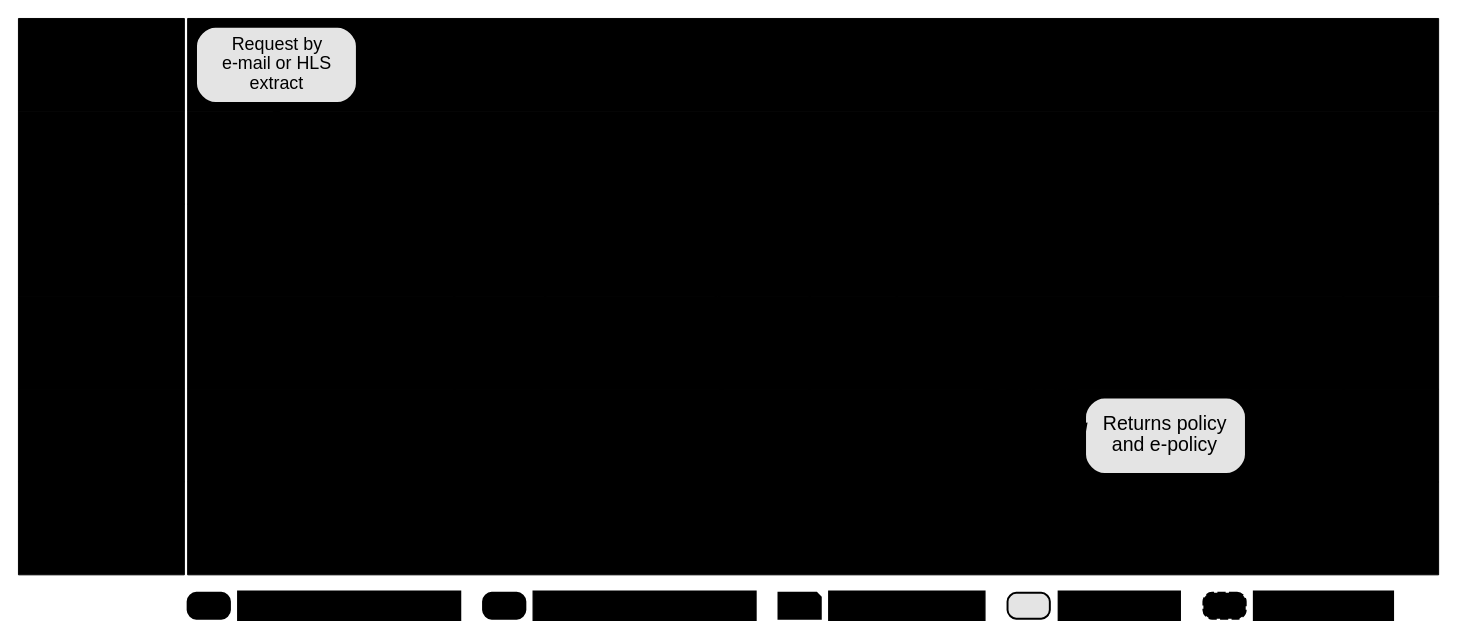
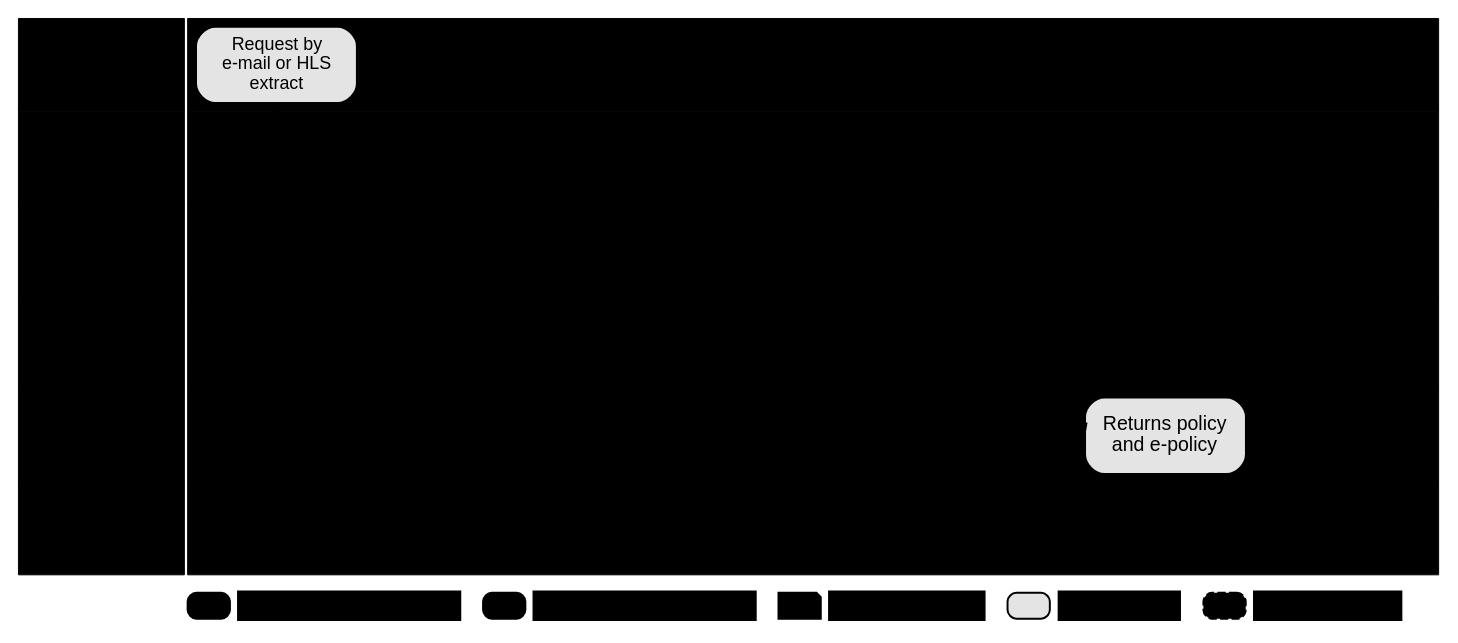
One commit to IortaTexhNXT-DEV/FinVerse changed the diagram in docs/deliverables/src/decks/figures/brd01_envisioned.dot. Above: the diagram before and after it, drawn with Graphviz. The commit also changed 43 other files, not shown here.

Commit message:
Business process deck: FRS status and sign-off roadmap instead of build status; rebuilt deck and figures

```diff
--- a/docs/deliverables/src/decks/figures/brd01_envisioned.dot
+++ b/docs/deliverables/src/decks/figures/brd01_envisioned.dot
@@ -1,60 +1,60 @@
 // BRD-1 New Business: envisioned swimlane in BIBS. Request to booking in BIBS: workflows NB_CLIENT, NB_QUOTATION, NB_PROPOSAL, NB_ACCOUNT (FRS BRD-1 section 5)
 // Generated by docs/deliverables/src/decks/build_process_deck.py from the YAML in
 // process_deck/; edit the YAML and rebuild. Colour tokens are replaced at render time.
 digraph brd01_envisioned {
   graph [layout=neato, inputscale=72, splines=line, overlap=true, outputorder=nodesfirst, bgcolor="white", pad=0.05, fontname="Arial"];
   node [fontname="Arial"];
   edge [fontname="Arial"];
   c0 [pos="0,0!", shape=point, width=0.01, style=invis];
   c1 [pos="873.0,372.0!", shape=point, width=0.01, style=invis];
   r1 [pos="488.5,343.5!", shape=box, style="filled", fillcolor="@DIRTY_WHITE", color="@BORDER", penwidth=0.6, width=10.681, height=0.792, fixedsize=true, margin="0.03,0.02", label=""];
   r2 [pos="51.0,343.5!", shape=box, style="filled", fillcolor="@MUTED", color="@WHITE", penwidth=0.6, width=1.417, height=0.792, fixedsize=true, margin="0.03,0.02", label=<<font point-size="11.5" color="@WHITE"><b>Client, bank<br/>units (HLS,<br/>CLPC)</b></font>>];
   r3 [pos="488.5,286.5!", shape=box, style="filled", fillcolor="@WHITE", color="@BORDER", penwidth=0.6, width=10.681, height=0.792, fixedsize=true, margin="0.03,0.02", label=""];
   r4 [pos="51.0,286.5!", shape=box, style="filled", fillcolor="@HEADER_BLUE", color="@WHITE", penwidth=0.6, width=1.417, height=0.792, fixedsize=true, margin="0.03,0.02", label=<<font point-size="11.5" color="@WHITE"><b>Marketing AO /<br/>TL</b></font>>];
   r5 [pos="488.5,229.5!", shape=box, style="filled", fillcolor="@WHITE", color="@BORDER", penwidth=0.6, width=10.681, height=0.792, fixedsize=true, margin="0.03,0.02", label=""];
   r6 [pos="51.0,229.5!", shape=box, style="filled", fillcolor="@HEADER_BLUE", color="@WHITE", penwidth=0.6, width=1.417, height=0.792, fixedsize=true, margin="0.03,0.02", label=<<font point-size="11.5" color="@WHITE"><b>TSU</b></font>>];
   r7 [pos="488.5,172.5!", shape=box, style="filled", fillcolor="@WHITE", color="@BORDER", penwidth=0.6, width=10.681, height=0.792, fixedsize=true, margin="0.03,0.02", label=""];
   r8 [pos="51.0,172.5!", shape=box, style="filled", fillcolor="@HEADER_BLUE", color="@WHITE", penwidth=0.6, width=1.417, height=0.792, fixedsize=true, margin="0.03,0.02", label=<<font point-size="11.5" color="@WHITE"><b>Processing</b></font>>];
   r9 [pos="488.5,115.5!", shape=box, style="filled", fillcolor="@DIRTY_WHITE", color="@BORDER", penwidth=0.6, width=10.681, height=0.792, fixedsize=true, margin="0.03,0.02", label=""];
   r10 [pos="51.0,115.5!", shape=box, style="filled", fillcolor="@MUTED", color="@WHITE", penwidth=0.6, width=1.417, height=0.792, fixedsize=true, margin="0.03,0.02", label=<<font point-size="11.5" color="@WHITE"><b>Insurers</b></font>>];
   r11 [pos="488.5,58.5!", shape=box, style="filled", fillcolor="@BG_BLUE", color="@BORDER", penwidth=0.6, width=10.681, height=0.792, fixedsize=true, margin="0.03,0.02", label=""];
   r12 [pos="51.0,58.5!", shape=box, style="filled", fillcolor="@CTA_BLUE", color="@WHITE", penwidth=0.6, width=1.417, height=0.792, fixedsize=true, margin="0.03,0.02", label=<<font point-size="11.5" color="@WHITE"><b>BIBS<br/>(automatic)</b></font>>];
   b1 [pos="158.6,343.5!", shape=box, style="rounded,filled", fillcolor="#E4E4E4", color="@MUTED", penwidth=1.3, width=1.379, height=0.653, fixedsize=true, margin="0.03,0.02", label=<<font point-size="11.0" color="@NEAR_BLACK">Request by<br/>e-mail or HLS<br/>extract</font>>];
   b2 [pos="158.6,286.5!", shape=box, style="rounded,filled", fillcolor="@BG_BLUE", color="@CTA_BLUE", penwidth=1.3, width=1.379, height=0.653, fixedsize=true, margin="0.03,0.02", label=<<font point-size="11.0" color="@NEAR_BLACK">Request inbox:<br/>capture or<br/>upload</font>>];
   b3 [pos="267.9,286.5!", shape=box, style="rounded,filled", fillcolor="@BG_BLUE", color="@CTA_BLUE", penwidth=1.3, width=1.379, height=0.653, fixedsize=true, margin="0.03,0.02", label=<<font point-size="11.0" color="@NEAR_BLACK">Prospect; KYC<br/>checked by 2nd<br/>user</font>>];
   b4 [pos="267.9,58.5!", shape=box, style="rounded,filled", fillcolor="@CTA_BLUE", color="@CTA_BLUE", penwidth=1.3, width=1.379, height=0.653, fixedsize=true, margin="0.03,0.02", label=<<font point-size="11.0" color="@WHITE"><b>Duplicate<br/>check and<br/>screening</b></font>>];
   b5 [pos="377.2,286.5!", shape=box, style="rounded,filled", fillcolor="@BG_BLUE", color="@CTA_BLUE", penwidth=1.3, width=1.379, height=0.653, fixedsize=true, margin="0.03,0.02", label=<<font point-size="12" color="@NEAR_BLACK">Quotation rated<br/>and approved</font>>];
-  b6 [pos="377.2,229.5!", shape=box, style="rounded,filled", fillcolor="@BG_BLUE", color="@CTA_BLUE", penwidth=1.3, width=1.379, height=0.653, fixedsize=true, margin="0.03,0.02", label=<<font point-size="11.0" color="@NEAR_BLACK">PRF: slips out,<br/>comparative<br/>built</font>>];
+  b6 [pos="377.2,229.5!", shape=box, style="rounded,filled", fillcolor="@BG_BLUE", color="@CTA_BLUE", penwidth=1.3, width=1.379, height=0.653, fixedsize=true, margin="0.03,0.02", label=<<font point-size="11.0" color="@NEAR_BLACK">PRF: slips out,<br/>comparative<br/>compiled</font>>];
   b7 [pos="486.5,58.5!", shape=note, style="filled", fillcolor="@WHITE", color="@CTA_BLUE", penwidth=1.3, width=1.379, height=0.653, fixedsize=true, margin="0.03,0.02", label=<<font point-size="11.0" color="@NEAR_BLACK">Quotation / slip<br/>sent protected</font>>];
   b8 [pos="486.5,286.5!", shape=box, style="rounded,filled", fillcolor="@BG_BLUE", color="@CTA_BLUE", penwidth=1.3, width=1.379, height=0.653, fixedsize=true, margin="0.03,0.02", label=<<font point-size="12" color="@NEAR_BLACK">Account with<br/>ARN submitted</font>>];
   b9 [pos="595.8,58.5!", shape=box, style="rounded,filled", fillcolor="@CTA_BLUE", color="@CTA_BLUE", penwidth=1.3, width=1.379, height=0.653, fixedsize=true, margin="0.03,0.02", label=<<font point-size="11.0" color="@WHITE"><b>CLPC billing<br/>file; payments<br/>matched</b></font>>];
   b10 [pos="595.8,172.5!", shape=box, style="rounded,filled", fillcolor="@BG_BLUE", color="@CTA_BLUE", penwidth=1.3, width=1.379, height=0.653, fixedsize=true, margin="0.03,0.02", label=<<font point-size="11.0" color="@NEAR_BLACK">Placement slip;<br/>hold cover<br/>request</font>>];
   b11 [pos="705.1,115.5!", shape=box, style="rounded,filled", fillcolor="#E4E4E4", color="@MUTED", penwidth=1.3, width=1.379, height=0.653, fixedsize=true, margin="0.03,0.02", label=<<font point-size="12" color="@NEAR_BLACK">Returns policy<br/>and e-policy</font>>];
   b12 [pos="705.1,172.5!", shape=box, style="rounded,filled", fillcolor="@BG_BLUE", color="@CTA_BLUE", penwidth=1.3, width=1.379, height=0.653, fixedsize=true, margin="0.03,0.02", label=<<font point-size="11.0" color="@NEAR_BLACK">E-policy<br/>matched; sent<br/>protected</font>>];
   b13 [pos="814.4,58.5!", shape=box, style="rounded,filled", fillcolor="@CTA_BLUE", color="@CTA_BLUE", penwidth=1.3, width=1.379, height=0.653, fixedsize=true, margin="0.03,0.02", label=<<font point-size="10.5" color="@WHITE"><b>Booking:<br/>invoice, GL,<br/>service invoice</b></font>>];
   b14 [pos="814.4,286.5!", shape=box, style="rounded,filled", fillcolor="@BG_BLUE", color="@CTA_BLUE", penwidth=1.3, width=1.379, height=0.653, fixedsize=true, margin="0.03,0.02", label=<<font point-size="12" color="@NEAR_BLACK">Dashboard and<br/>status reports</font>>];
   r13 [pos="117.0,11.0!", shape=box, style="rounded,filled", fillcolor="@BG_BLUE", color="@CTA_BLUE", penwidth=1.2, width=0.361, height=0.222, fixedsize=true, margin="0.03,0.02", label=""];
   r14 [pos="203.3,11.0!", shape=box, style="filled", fillcolor="@WHITE", color="@WHITE", penwidth=0.8, width=1.897, height=0.250, fixedsize=true, margin="0.03,0.02", label=<<font point-size="10.5" color="@TEXT">BDOI user on a BIBS screen</font>>];
   r15 [pos="298.6,11.0!", shape=box, style="rounded,filled", fillcolor="@CTA_BLUE", color="@CTA_BLUE", penwidth=1.2, width=0.361, height=0.222, fixedsize=true, margin="0.03,0.02", label=""];
   r16 [pos="384.9,11.0!", shape=box, style="filled", fillcolor="@WHITE", color="@WHITE", penwidth=0.8, width=1.897, height=0.250, fixedsize=true, margin="0.03,0.02", label=<<font point-size="10.5" color="@TEXT">BIBS does it automatically</font>>];
   r17 [pos="480.2,11.0!", shape=note, style="filled", fillcolor="@WHITE", color="@CTA_BLUE", penwidth=1.2, width=0.361, height=0.222, fixedsize=true, margin="0.03,0.02", label=""];
   r18 [pos="546.1,11.0!", shape=box, style="filled", fillcolor="@WHITE", color="@WHITE", penwidth=0.8, width=1.331, height=0.250, fixedsize=true, margin="0.03,0.02", label=<<font point-size="10.5" color="@TEXT">Document or notice</font>>];
   r19 [pos="621.0,11.0!", shape=box, style="rounded,filled", fillcolor="#E4E4E4", color="@MUTED", penwidth=1.2, width=0.361, height=0.222, fixedsize=true, margin="0.03,0.02", label=""];
   r20 [pos="676.7,11.0!", shape=box, style="filled", fillcolor="@WHITE", color="@WHITE", penwidth=0.8, width=1.047, height=0.250, fixedsize=true, margin="0.03,0.02", label=<<font point-size="10.5" color="@TEXT">External party</font>>];
   r21 [pos="741.4,11.0!", shape=box, style="rounded,filled,dashed", fillcolor="@WHITE", color="@MUTED", penwidth=1.2, width=0.361, height=0.222, fixedsize=true, margin="0.03,0.02", label=""];
-  r22 [pos="802.2,11.0!", shape=box, style="filled", fillcolor="@WHITE", color="@WHITE", penwidth=0.8, width=1.189, height=0.250, fixedsize=true, margin="0.03,0.02", label=<<font point-size="10.5" color="@TEXT">Parked interface</font>>];
+  r22 [pos="804.8,11.0!", shape=box, style="filled", fillcolor="@WHITE", color="@WHITE", penwidth=0.8, width=1.260, height=0.250, fixedsize=true, margin="0.03,0.02", label=<<font point-size="10.5" color="@TEXT">Interface on hold</font>>];
   b1 -> b2 [color="@MUTED", style=dashed, penwidth=1.3, arrowsize=0.7, tailport=s, headport=n];
   b2 -> b3 [color="@HEADER_BLUE", style=solid, penwidth=1.3, arrowsize=0.7, tailport=e, headport=w];
   b3 -> b4 [color="@HEADER_BLUE", style=solid, penwidth=1.3, arrowsize=0.7, tailport=s, headport=n];
   b4 -> b5 [color="@HEADER_BLUE", style=solid, penwidth=1.3, arrowsize=0.7, tailport=e, headport=w];
   b5 -> b6 [color="@HEADER_BLUE", style=solid, penwidth=1.3, arrowsize=0.7, tailport=s, headport=n];
   b5 -> b7 [color="@HEADER_BLUE", style=solid, penwidth=1.3, arrowsize=0.7, tailport=e, headport=w];
   b6 -> b7 [color="@HEADER_BLUE", style=solid, penwidth=1.3, arrowsize=0.7, tailport=e, headport=w];
   b7 -> b8 [color="@HEADER_BLUE", style=solid, penwidth=1.3, arrowsize=0.7, tailport=n, headport=s];
   b8 -> b9 [color="@HEADER_BLUE", style=solid, penwidth=1.3, arrowsize=0.7, tailport=e, headport=w];
   b9 -> b10 [color="@HEADER_BLUE", style=solid, penwidth=1.3, arrowsize=0.7, tailport=n, headport=s];
   b10 -> b11 [color="@MUTED", style=dashed, penwidth=1.3, arrowsize=0.7, tailport=e, headport=w, label=<<font point-size="10" color="@MUTED">e-mail + log</font>>];
   b11 -> b12 [color="@HEADER_BLUE", style=solid, penwidth=1.3, arrowsize=0.7, tailport=n, headport=s];
   b12 -> b13 [color="@HEADER_BLUE", style=solid, penwidth=1.3, arrowsize=0.7, tailport=e, headport=w];
   b13 -> b14 [color="@HEADER_BLUE", style=solid, penwidth=1.3, arrowsize=0.7, tailport=n, headport=s];
 }
```
